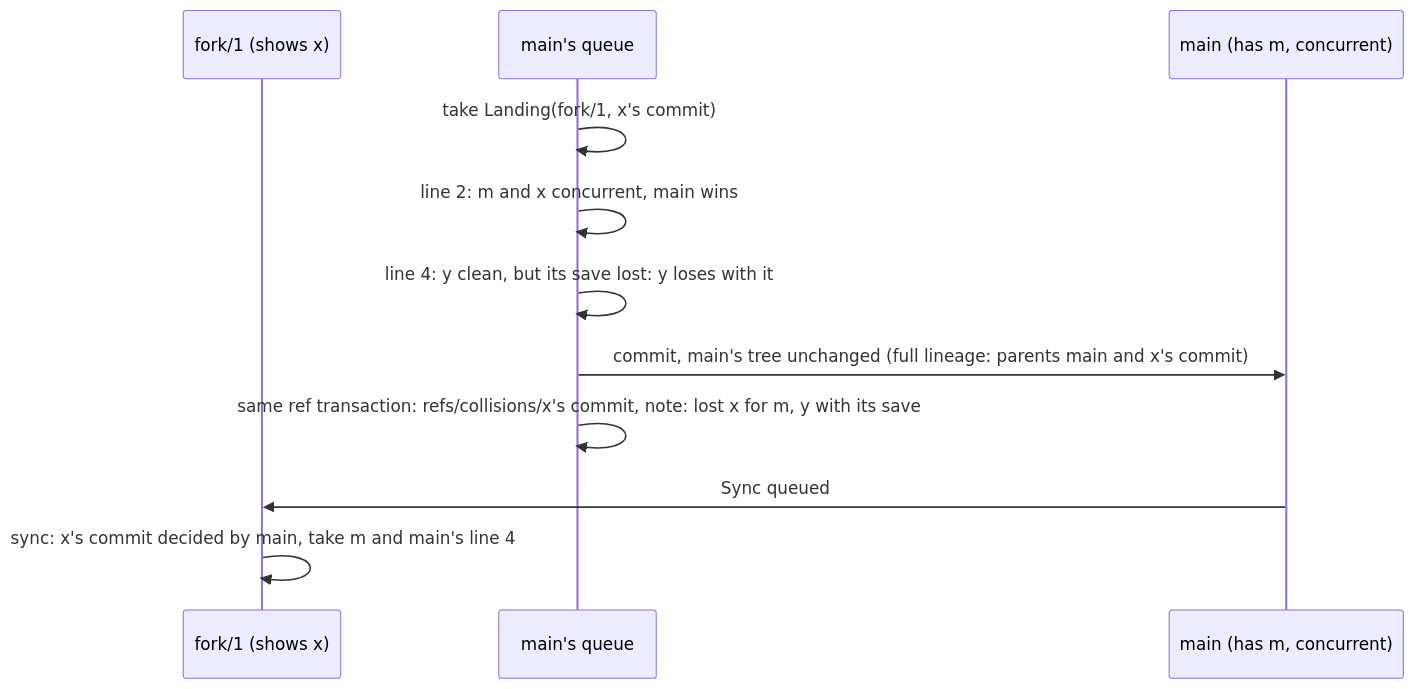
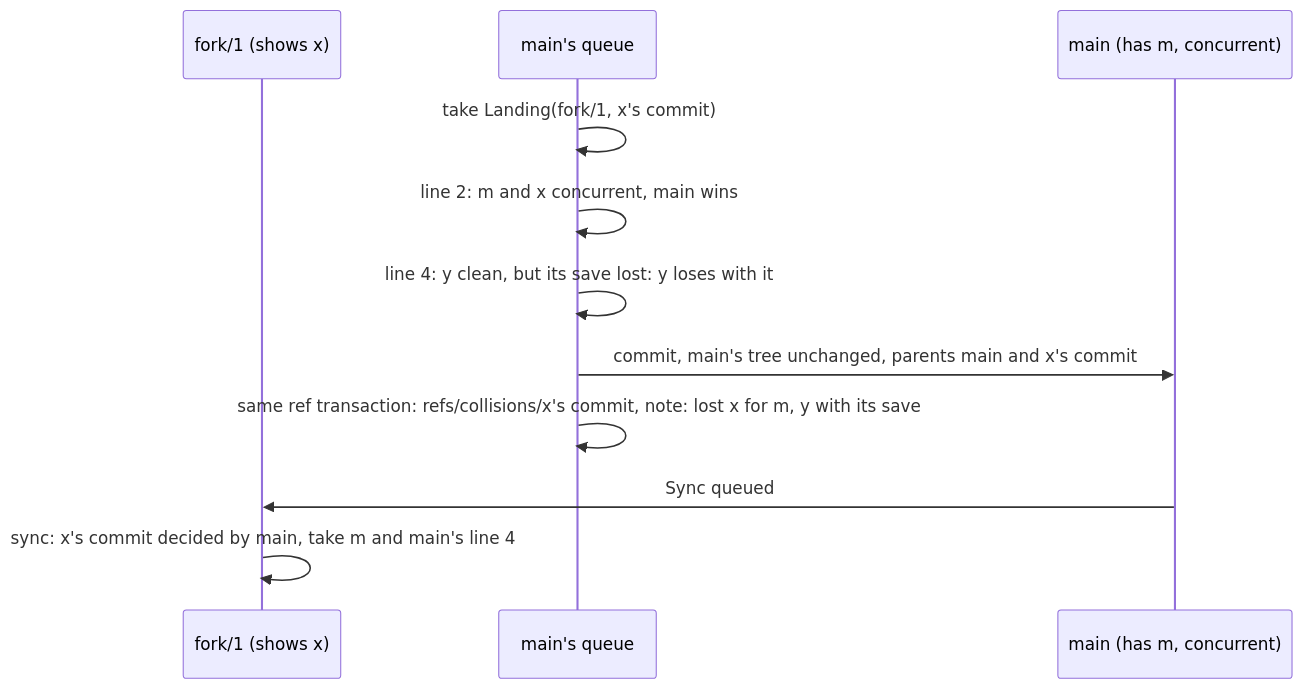
The fourth of 7 diagrams in docs/target-architecture/git-model.md (mcurcio/agentfs), drawn with Mermaid before and after one commit. The commit also changed other lines of this file and 8 other files, not shown here.

````diff
--- a/docs/target-architecture/git-model.md
+++ b/docs/target-architecture/git-model.md
@@ -546,13 +530,13 @@
 ```mermaid
 sequenceDiagram
   participant A as fork/1 (shows x)
   participant QM as main's queue
   participant M as main (has m, concurrent)
   QM->>QM: take Landing(fork/1, x's commit)
   QM->>QM: line 2: m and x concurrent, main wins
   QM->>QM: line 4: y clean, but its save lost: y loses with it
-  QM->>M: commit, main's tree unchanged (full lineage: parents main and x's commit)
+  QM->>M: commit, main's tree unchanged, parents main and x's commit
   QM->>QM: same ref transaction: refs/collisions/x's commit, note: lost x for m, y with its save
   M->>A: Sync queued
   A->>A: sync: x's commit decided by main, take m and main's line 4
 ```
````
